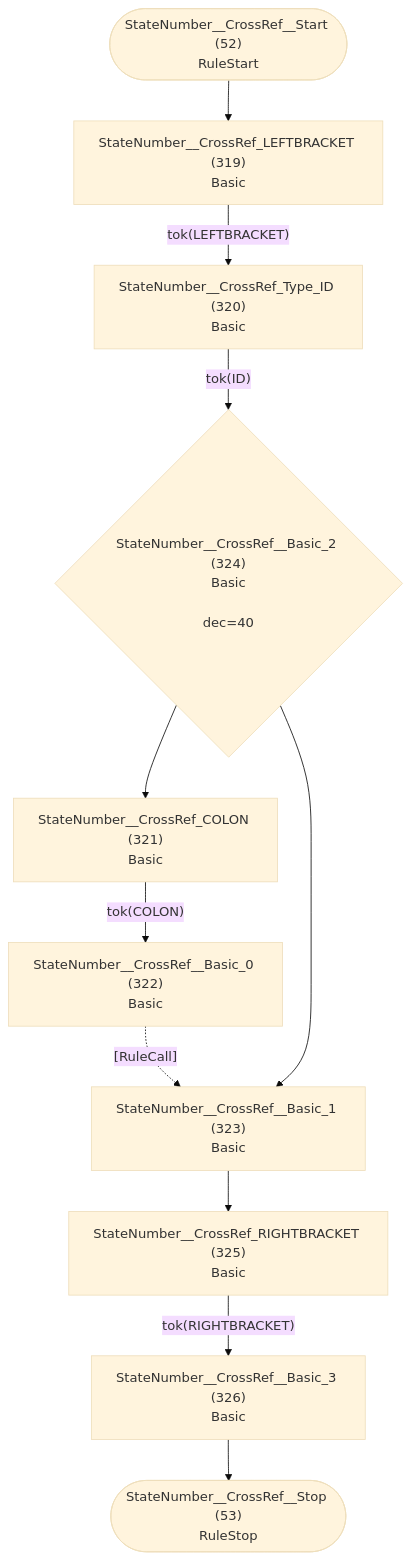
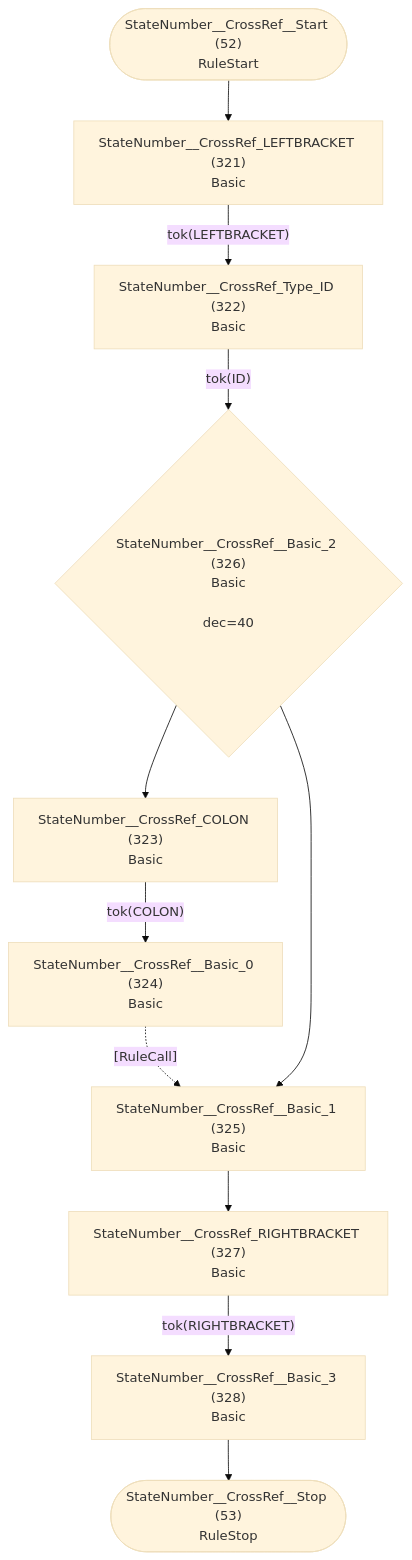
One commit to TypeFox/fastbelt changed diagram 27 of 33 in internal/grammar/atn.md. Above: the diagram before and after it, drawn with Mermaid (base theme). The commit also changed other lines of this file and 18 other files, not shown here.

````diff
--- a/internal/grammar/atn.md
+++ b/internal/grammar/atn.md
@@ -826,24 +831,24 @@
 ```mermaid
 flowchart TD
     q52(["StateNumber__CrossRef__Start (52)<br/>RuleStart"])
     q53(["StateNumber__CrossRef__Stop (53)<br/>RuleStop"])
-    q319["StateNumber__CrossRef_LEFTBRACKET (319)<br/>Basic<br/>"]
-    q320["StateNumber__CrossRef_Type_ID (320)<br/>Basic<br/>"]
-    q321["StateNumber__CrossRef_COLON (321)<br/>Basic<br/>"]
-    q322["StateNumber__CrossRef__Basic_0 (322)<br/>Basic<br/>"]
-    q323["StateNumber__CrossRef__Basic_1 (323)<br/>Basic<br/>"]
-    q324{"StateNumber__CrossRef__Basic_2 (324)<br/>Basic<br/><br/>dec=40"}
-    q325["StateNumber__CrossRef_RIGHTBRACKET (325)<br/>Basic<br/>"]
-    q326["StateNumber__CrossRef__Basic_3 (326)<br/>Basic<br/>"]
+    q321["StateNumber__CrossRef_LEFTBRACKET (321)<br/>Basic<br/>"]
+    q322["StateNumber__CrossRef_Type_ID (322)<br/>Basic<br/>"]
+    q323["StateNumber__CrossRef_COLON (323)<br/>Basic<br/>"]
+    q324["StateNumber__CrossRef__Basic_0 (324)<br/>Basic<br/>"]
+    q325["StateNumber__CrossRef__Basic_1 (325)<br/>Basic<br/>"]
+    q326{"StateNumber__CrossRef__Basic_2 (326)<br/>Basic<br/><br/>dec=40"}
+    q327["StateNumber__CrossRef_RIGHTBRACKET (327)<br/>Basic<br/>"]
+    q328["StateNumber__CrossRef__Basic_3 (328)<br/>Basic<br/>"]
 
-    q52 --> q319
-    q319 -->|"tok(LEFTBRACKET)"| q320
-    q320 -->|"tok(ID)"| q324
-    q321 -->|"tok(COLON)"| q322
-    q322 -.->|"[RuleCall]"| q323
-    q323 --> q325
-    q324 --> q321
-    q324 --> q323
-    q325 -->|"tok(RIGHTBRACKET)"| q326
-    q326 --> q53
+    q52 --> q321
+    q321 -->|"tok(LEFTBRACKET)"| q322
+    q322 -->|"tok(ID)"| q326
+    q323 -->|"tok(COLON)"| q324
+    q324 -.->|"[RuleCall]"| q325
+    q325 --> q327
+    q326 --> q323
+    q326 --> q325
+    q327 -->|"tok(RIGHTBRACKET)"| q328
+    q328 --> q53
 ```
````
